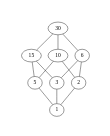
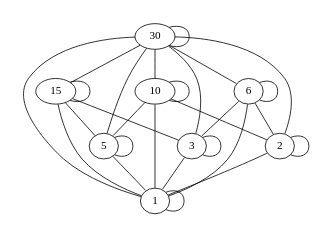
The diagram in hasse.gv (JairGF05/identificador_relaciones), drawn with Graphviz before and after one commit. The commit also changed 1027 other files, not shown here.

```diff
--- a/hasse.gv
+++ b/hasse.gv
@@ -1,16 +1,31 @@
 graph G {
-	size=.5
+	size=1.5
 	node [height=.2 width=.2]
+	30 -- 30
 	30 -- 15
+	15 -- 15
 	30 -- 10
+	10 -- 10
 	30 -- 6
+	6 -- 6
+	30 -- 5
 	15 -- 5
 	10 -- 5
+	5 -- 5
+	30 -- 3
 	15 -- 3
 	6 -- 3
+	3 -- 3
+	30 -- 2
 	10 -- 2
 	6 -- 2
+	2 -- 2
+	30 -- 1
+	15 -- 1
+	10 -- 1
+	6 -- 1
 	5 -- 1
 	3 -- 1
 	2 -- 1
+	1 -- 1
 }
```
